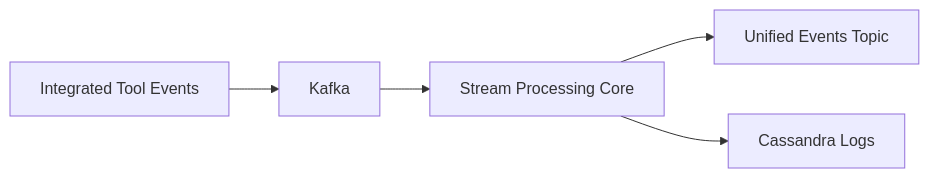
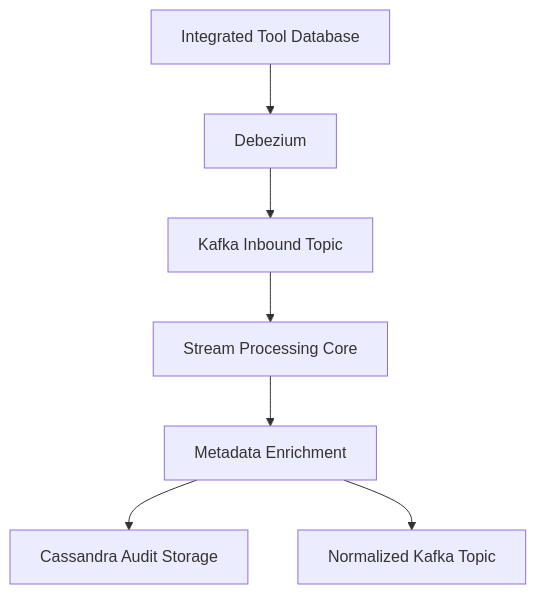
One commit to flamingo-stack/openframe-oss-lib changed the third of 6 diagrams in docs/reference/architecture/README.md. Above: the diagram before and after it, drawn with Mermaid. The commit also changed other lines of this file and 212 other files, not shown here.

````diff
--- a/docs/reference/architecture/README.md
+++ b/docs/reference/architecture/README.md
@@ -247,7 +153,9 @@
 ```mermaid
-flowchart LR
-    ToolEvents["Integrated Tool Events"] --> Kafka
-    Kafka --> StreamCore["Stream Processing Core"]
-    StreamCore --> UnifiedEvents["Unified Events Topic"]
-    StreamCore --> CassandraLogs["Cassandra Logs"]
+flowchart TD
+    ToolDB["Integrated Tool Database"] --> Debezium
+    Debezium --> KafkaInbound["Kafka Inbound Topic"]
+    KafkaInbound --> Stream["Stream Processing Core"]
+    Stream --> Enrichment["Metadata Enrichment"]
+    Enrichment --> Cassandra["Cassandra Audit Storage"]
+    Enrichment --> KafkaOut["Normalized Kafka Topic"]
 ```
````
